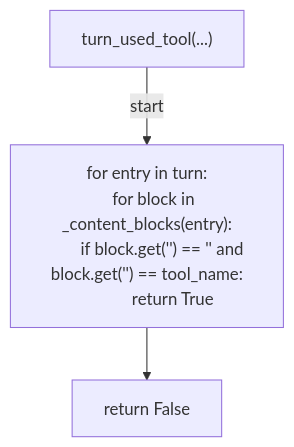
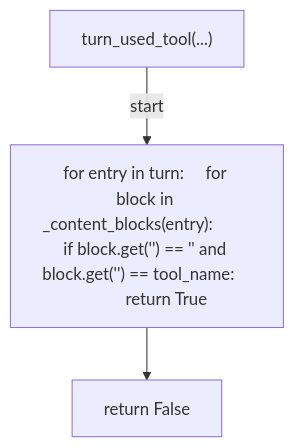
Before and after one commit to tvna/claude-md: the fourth of 10 diagrams in docs/generated/scripts/ast/gate_decision_handoff_askuserquestion.md, drawn with Mermaid. The commit also changed other lines of this file and 30 other files, not shown here.

First line of the commit message:
docs(generated): regenerate decision tree and workflow diagrams (batch 2/5)

````diff
--- a/docs/generated/scripts/ast/gate_decision_handoff_askuserquestion.md
+++ b/docs/generated/scripts/ast/gate_decision_handoff_askuserquestion.md
@@ -73,11 +71,8 @@
 ```mermaid
 flowchart TD
     N001["turn_used_tool(...)"]
-    N002["for entry in turn:
-    for block in _content_blocks(entry):
-        if block.get('<str>') == '<str>' and block.get('<str>') == tool_name:
-            return True"]
+    N002["for entry in turn:     for block in _content_blocks(entry):         if block.get('<str>') == '<str>' and block.get('<str>') == tool_name:             return True"]
     N003["return False"]
     N001 -->|"start"| N002
     N002 --> N003
 ```
````
